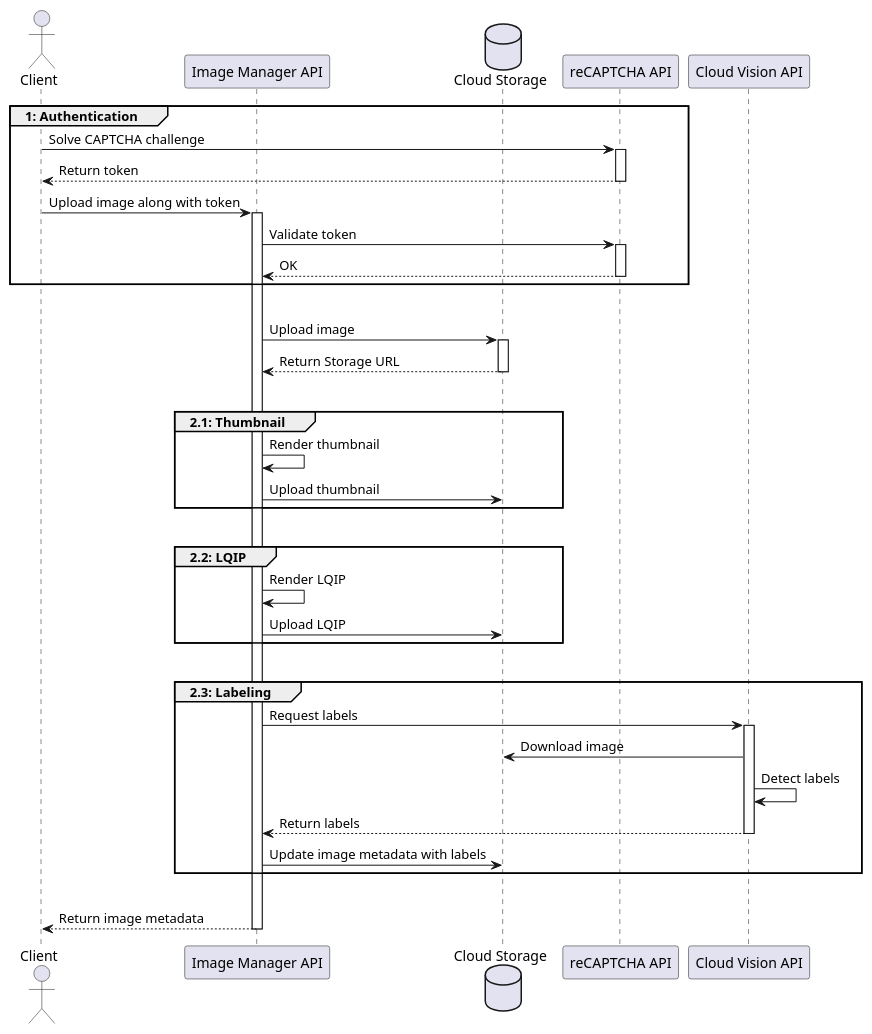
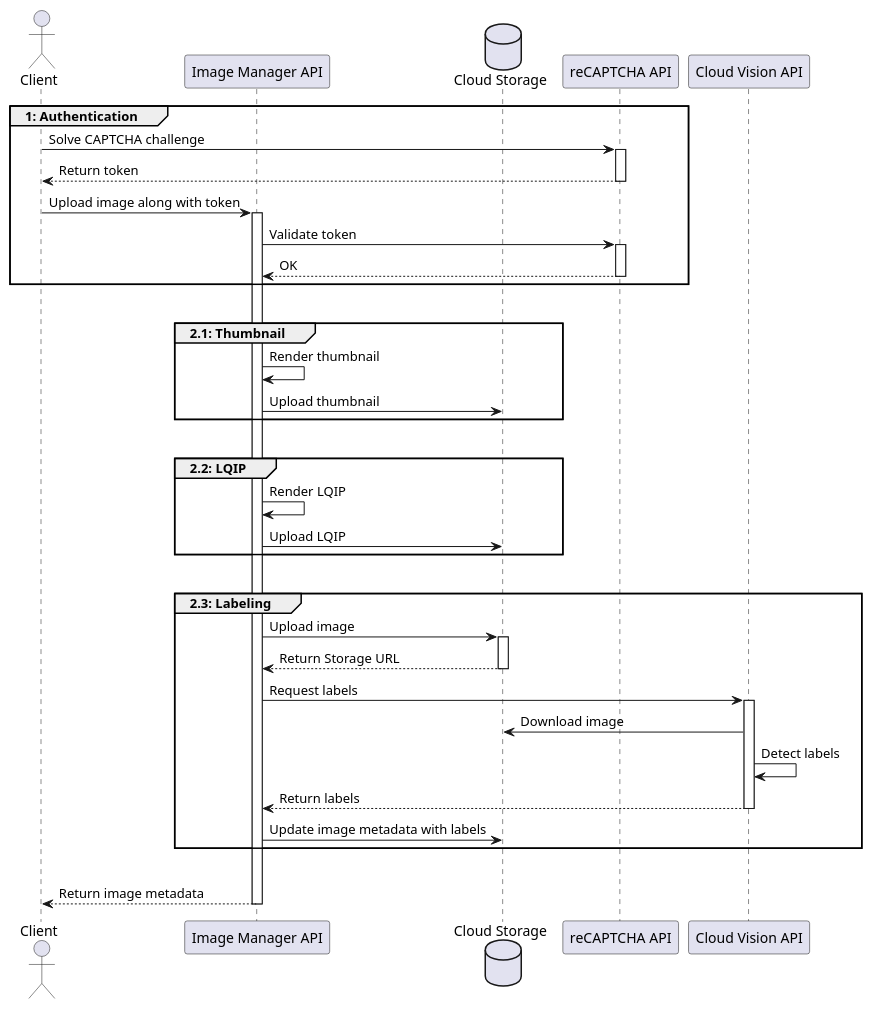
One commit to epiphone/gradu changed the diagram in src/sequence.pu. Above: the diagram before and after it, drawn with PlantUML. The commit also changed 3 other files, not shown here.

```diff
--- a/src/sequence.pu
+++ b/src/sequence.pu
@@ -1,54 +1,51 @@
 @startuml
 actor Client
 participant "Image Manager API" as API
 database "Cloud Storage" as Storage
 participant "reCAPTCHA API" as Captcha
 participant "Cloud Vision API" as Vision
 
 group 1: Authentication
   Client -> Captcha : Solve CAPTCHA challenge
   activate Captcha
   return Return token
 
   Client -> API : Upload image along with token
   activate API
   API -> Captcha : Validate token
   activate Captcha
   return OK
 end
 
 |||
 
-API -> Storage : Upload image
-activate Storage
-return Return Storage URL
-
-|||
-
 group 2.1: Thumbnail
   API -> API: Render thumbnail
   API -> Storage : Upload thumbnail
 end
 
 |||
 
 group 2.2: LQIP
   API -> API: Render LQIP
   API -> Storage : Upload LQIP
 end
 
 |||
 
 group 2.3: Labeling
+  API -> Storage : Upload image
+  activate Storage
+  return Return Storage URL
   API -> Vision : Request labels
   activate Vision
   Vision -> Storage : Download image
   Vision -> Vision : Detect labels
   return Return labels
   API -> Storage : Update image metadata with labels
 end
 
 |||
 
 return Return image metadata
 @enduml
```
